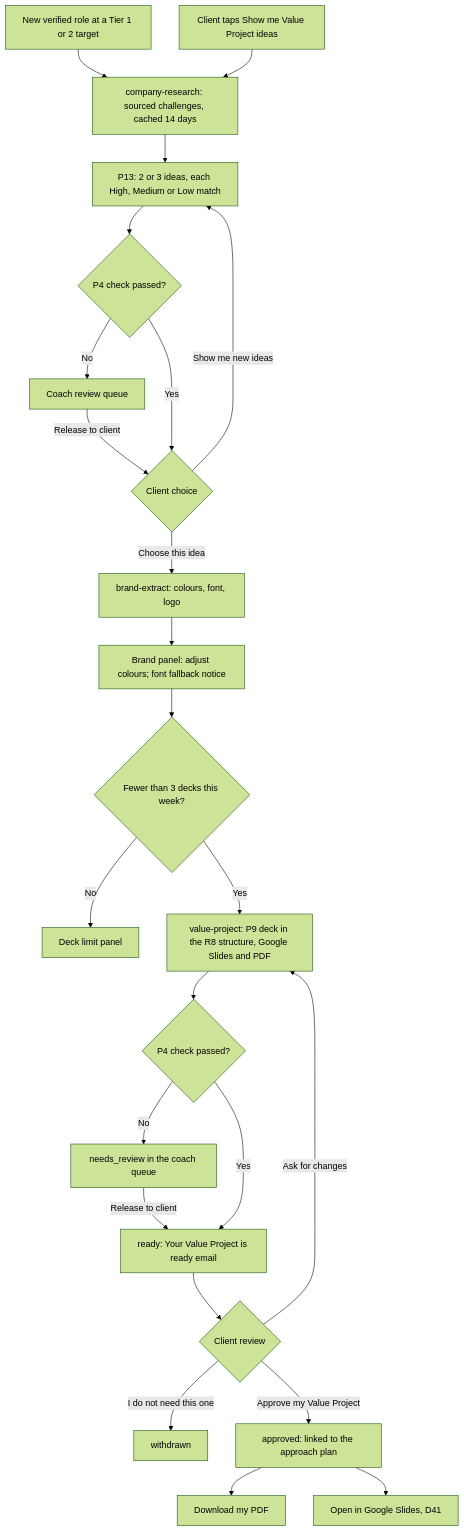
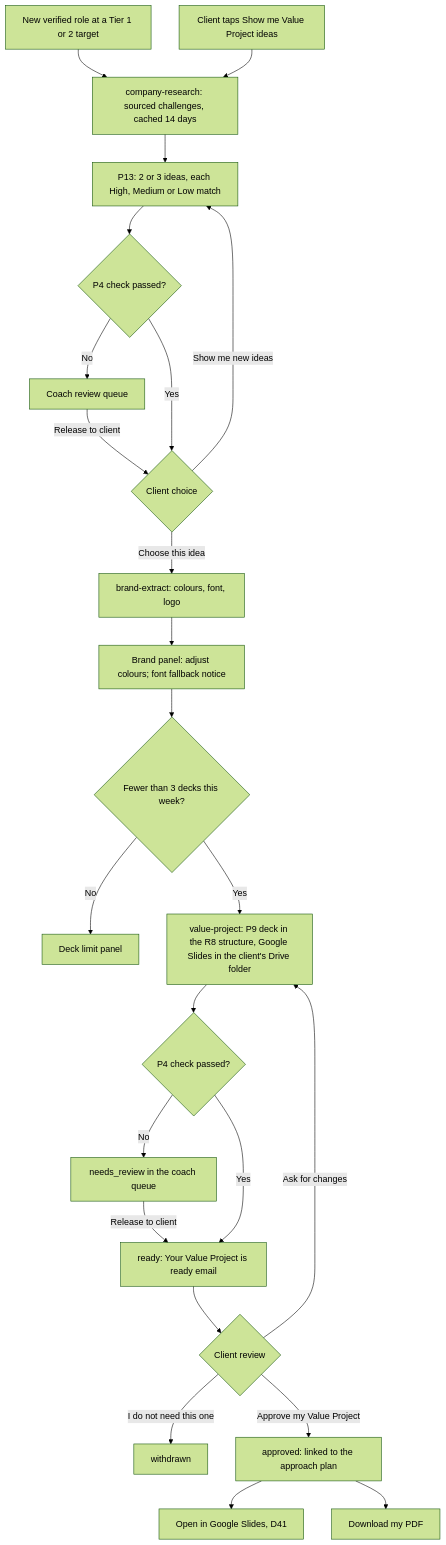
One commit to TalentFB/boost changed the fourth of 5 diagrams in docs/app-flow.md. Above: the diagram before and after it, drawn with Mermaid (forest theme). The commit also changed other lines of this file, not shown here.

First line of the commit message:
App Flow: D41 no PowerPoint, decks stored in the client's Drive folder

````diff
--- a/docs/app-flow.md
+++ b/docs/app-flow.md
@@ -613,26 +613,26 @@
 ```mermaid
 flowchart TD
   T1["New verified role at a Tier 1 or 2 target"] --> R["company-research: sourced challenges, cached 14 days"]
   T2["Client taps Show me Value Project ideas"] --> R
   R --> I["P13: 2 or 3 ideas, each High, Medium or Low match"]
   I --> P1{"P4 check passed?"}
   P1 -- No --> Q1["Coach review queue"]
   Q1 -- "Release to client" --> CH
   P1 -- Yes --> CH{"Client choice"}
   CH -- "Show me new ideas" --> I
   CH -- "Choose this idea" --> BX["brand-extract: colours, font, logo"]
   BX --> AD["Brand panel: adjust colours; font fallback notice"]
   AD --> LIM{"Fewer than 3 decks this week?"}
   LIM -- No --> WL["Deck limit panel"]
-  LIM -- Yes --> BD["value-project: P9 deck in the R8 structure, Google Slides and PDF"]
+  LIM -- Yes --> BD["value-project: P9 deck in the R8 structure, Google Slides in the client's Drive folder"]
   BD --> P2{"P4 check passed?"}
   P2 -- No --> Q2["needs_review in the coach queue"]
   Q2 -- "Release to client" --> RD
   P2 -- Yes --> RD["ready: Your Value Project is ready email"]
   RD --> REV{"Client review"}
   REV -- "Ask for changes" --> BD
   REV -- "I do not need this one" --> WD["withdrawn"]
   REV -- "Approve my Value Project" --> OK["approved: linked to the approach plan"]
+  OK --> GS["Open in Google Slides, D41"]
   OK --> DL["Download my PDF"]
-  OK --> GS["Open in Google Slides, D41"]
 ```
````
